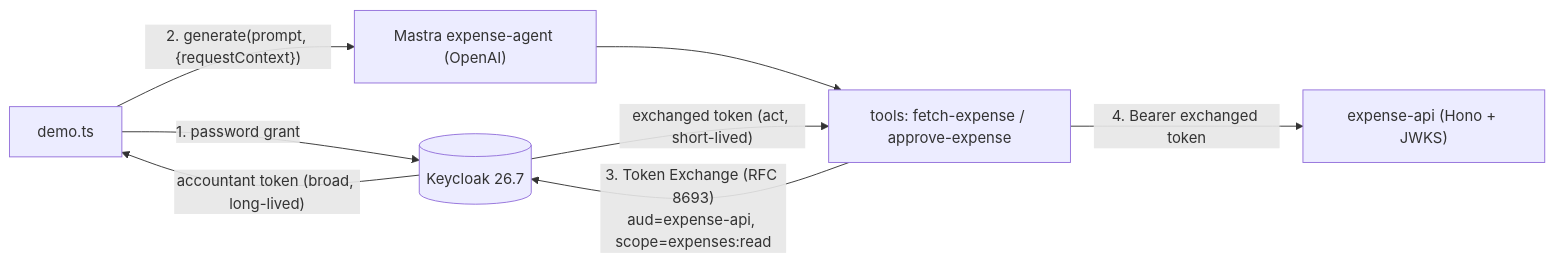
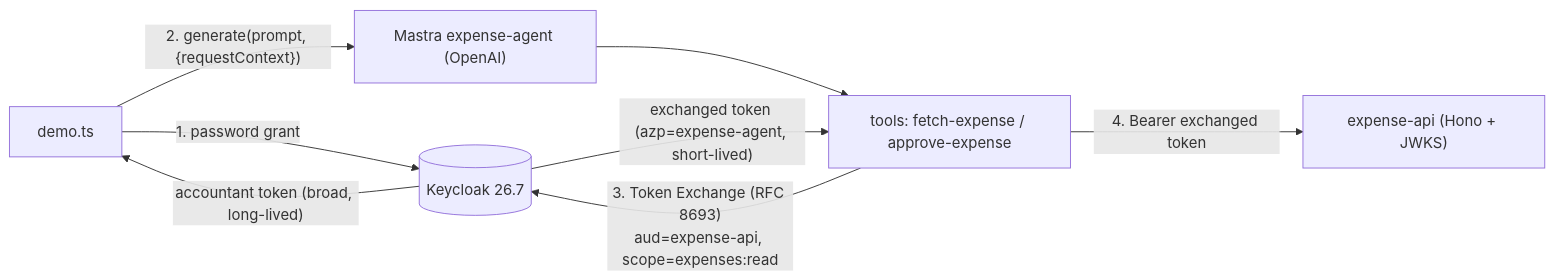
Before and after one commit to atkei/agent-token-exchange-demo: the diagram in README.md, drawn with Mermaid. The commit also changed other lines of this file and 4 other files, not shown here.

````diff
--- a/README.md
+++ b/README.md
@@ -18,10 +18,10 @@
 ```mermaid
 graph LR
   D["demo.ts"] -->|"1. password grant"| KC[("Keycloak 26.7")]
   KC -->|"accountant token (broad, long-lived)"| D
   D -->|"2. generate(prompt, {requestContext})"| AG["Mastra expense-agent (OpenAI)"]
   AG --> T["tools: fetch-expense / approve-expense"]
   T -->|"3. Token Exchange (RFC 8693)<br/>aud=expense-api, scope=expenses:read"| KC
-  KC -->|"exchanged token (act, short-lived)"| T
+  KC -->|"exchanged token (azp=expense-agent, short-lived)"| T
   T -->|"4. Bearer exchanged token"| API["expense-api (Hono + JWKS)"]
 ```
````
